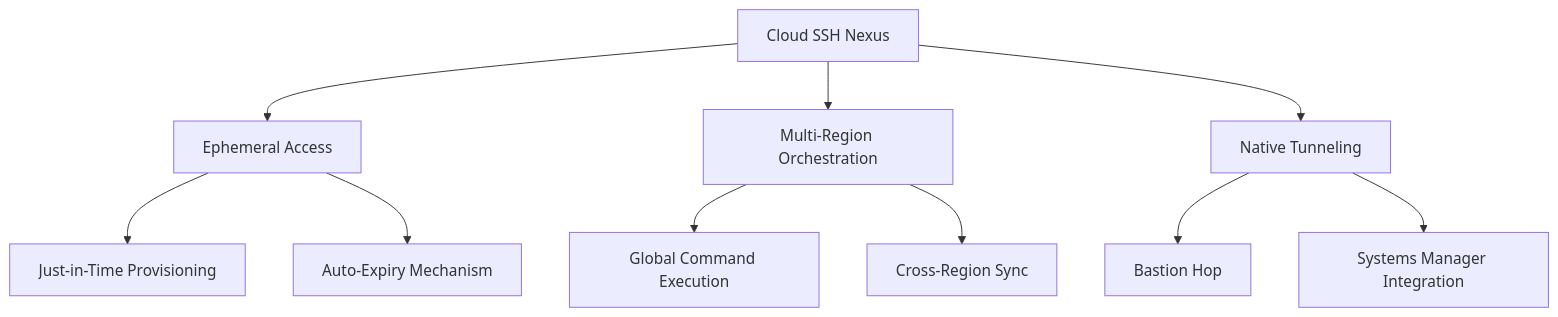
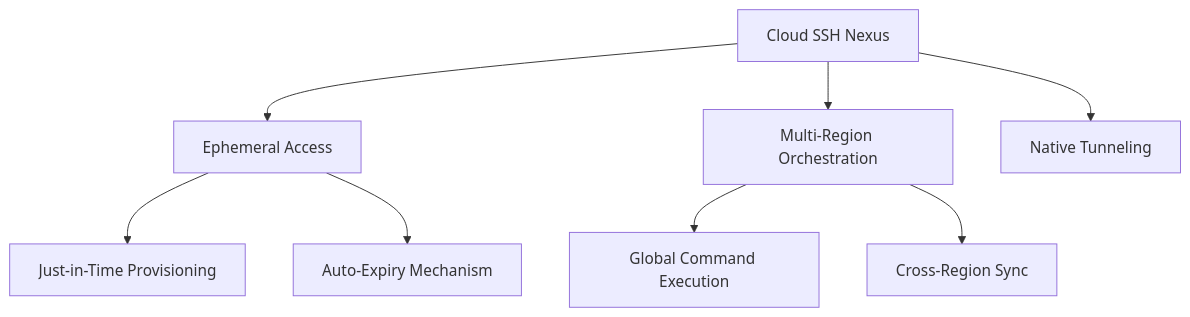
The third of 4 diagrams in mastering-ssh-part-one/3 - Intermediate SSH Usage.md (cipherbite/mastering-linux), drawn with Mermaid before and after one commit. The commit also changed other lines of this file, not shown here.

````diff
--- a/mastering-ssh-part-one/3 - Intermediate SSH Usage.md
+++ b/mastering-ssh-part-one/3 - Intermediate SSH Usage.md
@@ -393,12 +380,10 @@
 ```mermaid
 graph TD
     A[Cloud SSH Nexus] --> B[Ephemeral Access]
     A --> C[Multi-Region Orchestration]
     A --> D[Native Tunneling]
     B --> E[Just-in-Time Provisioning]
     B --> F[Auto-Expiry Mechanism]
     C --> G[Global Command Execution]
     C --> H[Cross-Region Sync]
-    D --> I[Bastion Hop]
-    D --> J[Systems Manager Integration]
 ```
````
